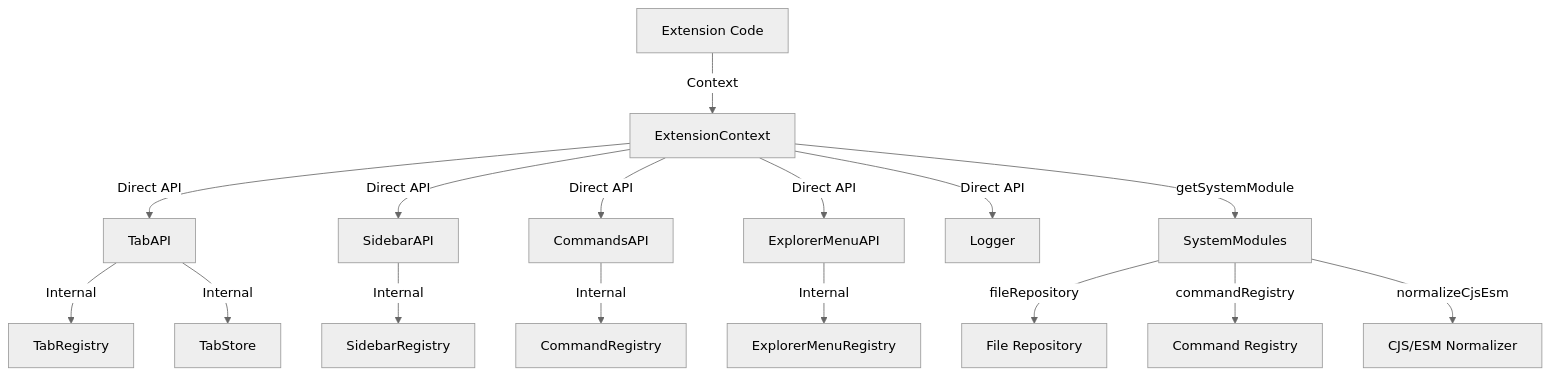
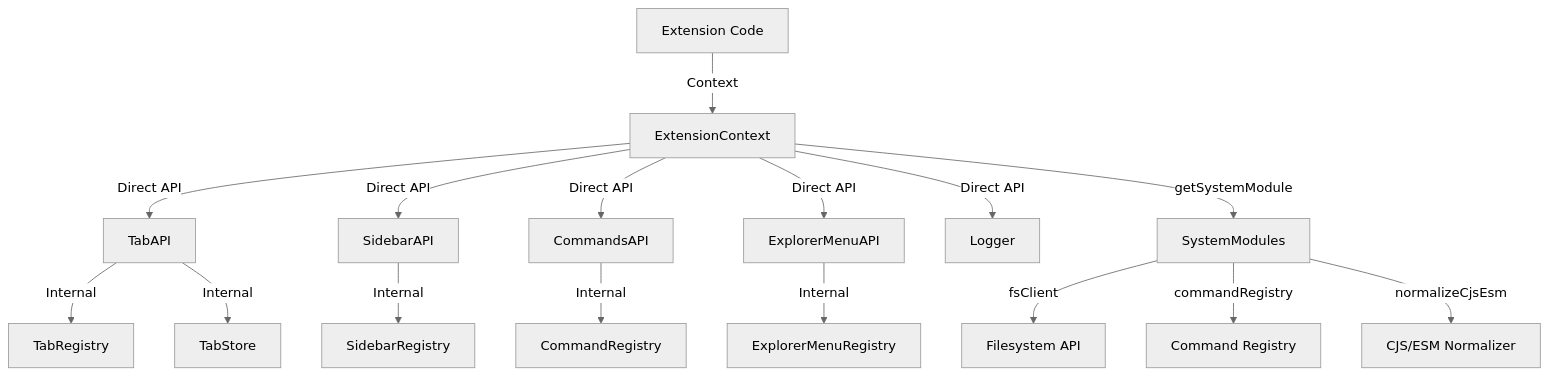
One commit to Stasshe/Pyxis-CodeCanvas changed the ninth of 11 diagrams in docs/EXTENSION-SYSTEM.md. Above: the diagram before and after it, drawn with Mermaid (neutral theme). The commit also changed other lines of this file and 330 other files, not shown here.

````diff
--- a/docs/EXTENSION-SYSTEM.md
+++ b/docs/EXTENSION-SYSTEM.md
@@ -631,27 +564,27 @@
 ```mermaid
 graph TB
     Extension[Extension Code]
     
     Extension -->|Context| ExtensionContext
     
     ExtensionContext -->|Direct API| TabAPI
     ExtensionContext -->|Direct API| SidebarAPI
     ExtensionContext -->|Direct API| CommandsAPI
     ExtensionContext -->|Direct API| ExplorerMenuAPI
     ExtensionContext -->|Direct API| Logger
     
     ExtensionContext -->|getSystemModule| SystemModules
     
-    SystemModules -->|fileRepository| FileRepo[File Repository]
+    SystemModules -->|fsClient| FsClient[Filesystem API]
     SystemModules -->|commandRegistry| CommandReg[Command Registry]
     SystemModules -->|normalizeCjsEsm| Normalizer[CJS/ESM Normalizer]
     
     TabAPI -->|Internal| TabRegistry
     TabAPI -->|Internal| TabStore
     
     SidebarAPI -->|Internal| SidebarRegistry
     
     CommandsAPI -->|Internal| CommandRegistry
     
     ExplorerMenuAPI -->|Internal| ExplorerMenuRegistry
 ```
````
